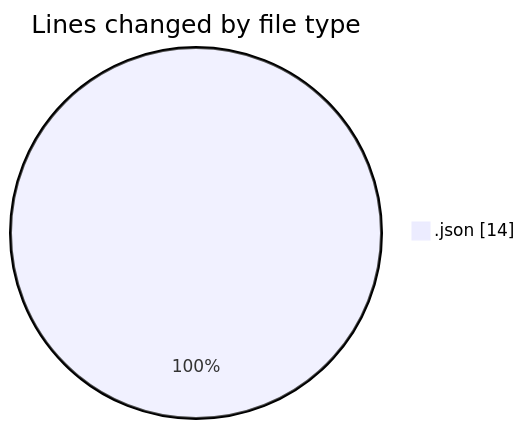
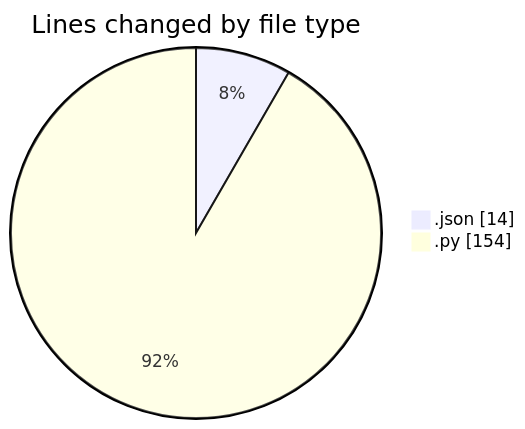
Before and after one commit to donsfak/code-tracking: the first of 2 diagrams in 2026-09-30/kouma_backend/README.md, drawn with Mermaid. The commit also changed other lines of this file and 1 other file, not shown here.

````diff
--- a/2026-09-30/kouma_backend/README.md
+++ b/2026-09-30/kouma_backend/README.md
@@ -20,5 +21,6 @@
 ```mermaid
 pie showData
 title Lines changed by file type
 ".json" : 14
+".py" : 154
 ```
````
